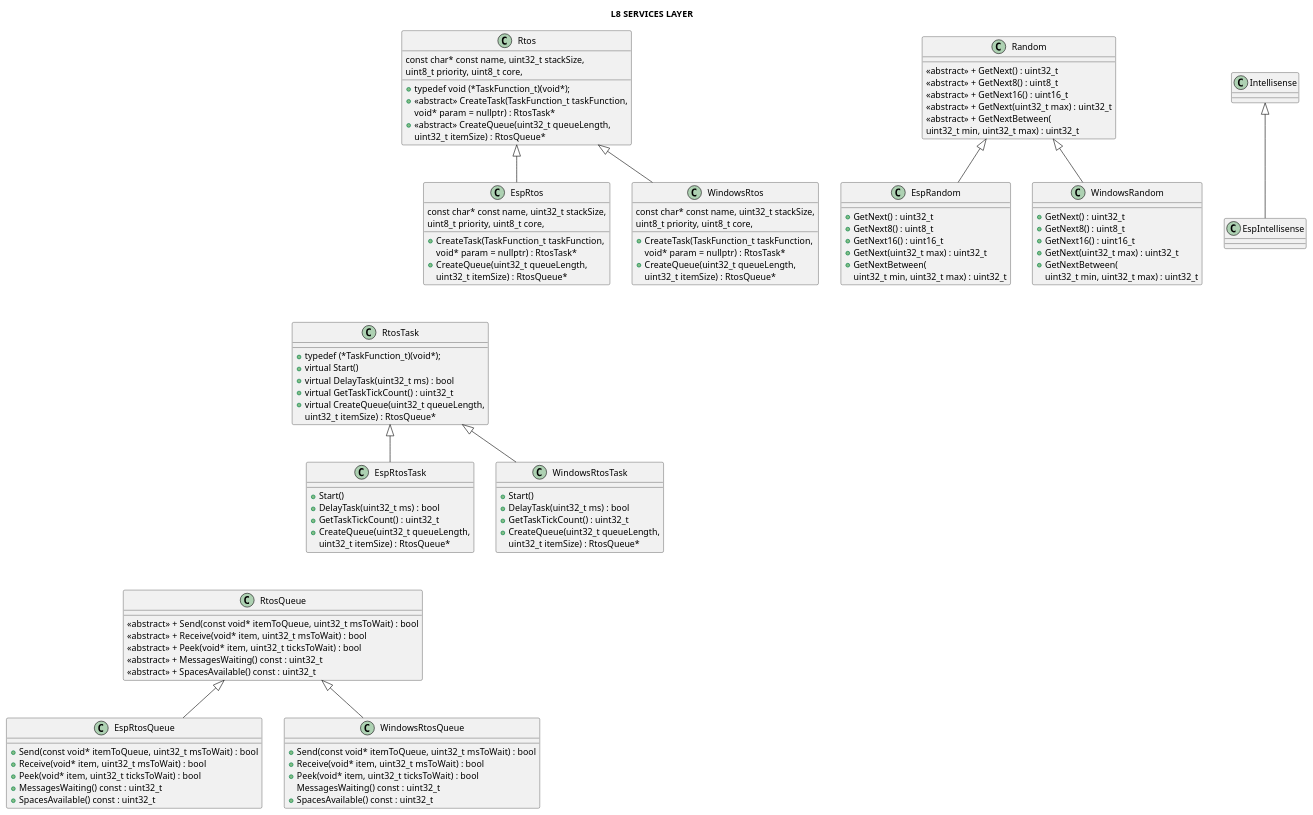
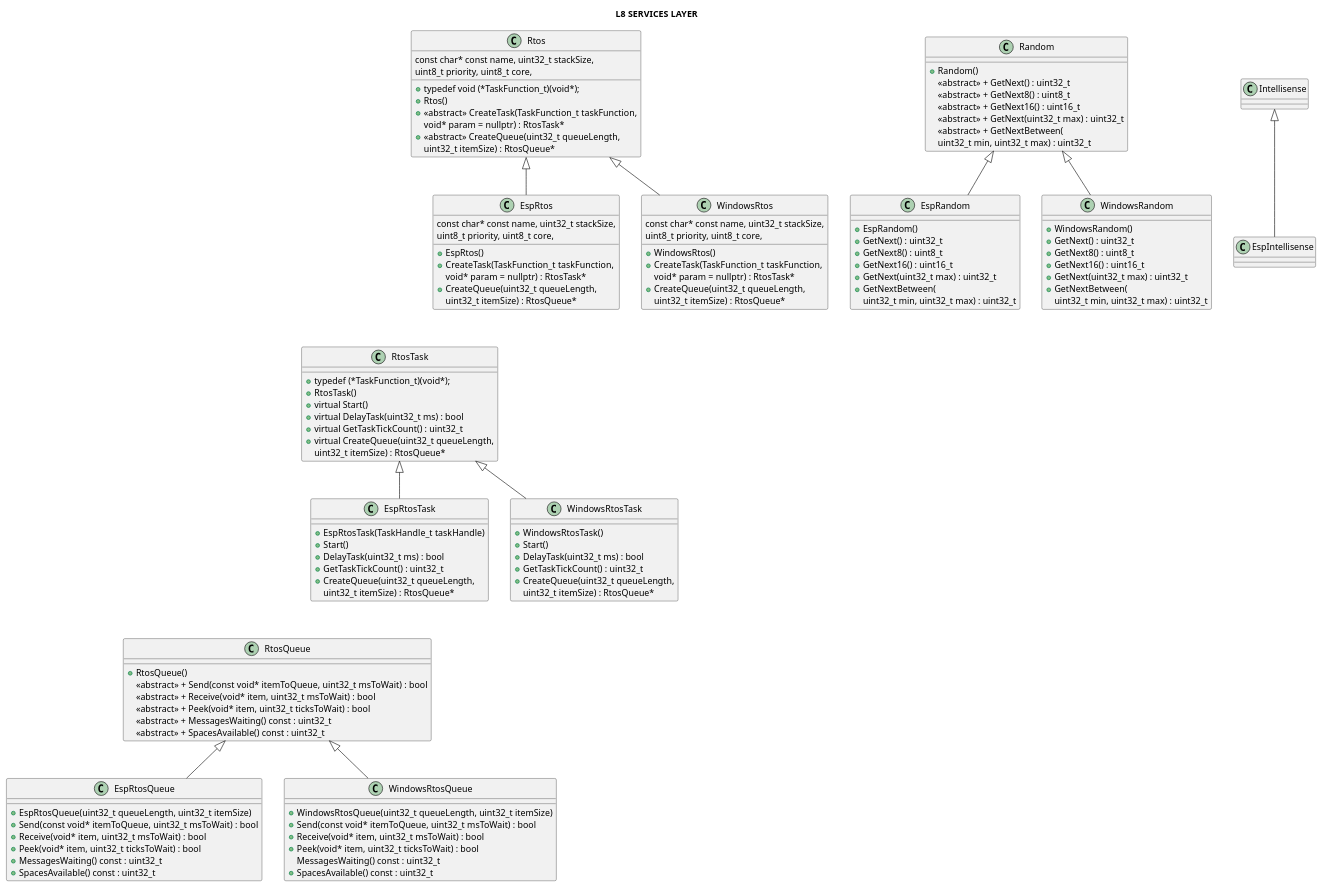
The diagram in Docs/Software Design/Layers/L8_services_layer.puml (michelkeijzers/fraxis), drawn with PlantUML before and after one commit. The commit also changed 154 other files, not shown here.

Commit message:
Updated UML diagrams, removed = default, changed -> to refs

```diff
--- a/Docs/Software Design/Layers/L8_services_layer.puml
+++ b/Docs/Software Design/Layers/L8_services_layer.puml
@@ -1,149 +1,161 @@
 @startuml
 
 title L8 SERVICES LAYER
 
 skinparam packageStyle rectangle
 skinparam lineThickness 2
 
 class Intellisense 
 {
 }
 
 class EspIntellisense
 {
 }
 
 EspIntellisense -u-|> Intellisense
 
 class Random 
 {
+    + Random()
     <<abstract>> + GetNext() : uint32_t
     <<abstract>> + GetNext8() : uint8_t
     <<abstract>> + GetNext16() : uint16_t
     <<abstract>> + GetNext(uint32_t max) : uint32_t
     <<abstract>> + GetNextBetween(
         uint32_t min, uint32_t max) : uint32_t
 }
 
 class EspRandom 
 {
+    + EspRandom()
     + GetNext() : uint32_t
     + GetNext8() : uint8_t
     + GetNext16() : uint16_t
     + GetNext(uint32_t max) : uint32_t
     + GetNextBetween(
         uint32_t min, uint32_t max) : uint32_t
 }
 
 class WindowsRandom
 {
+    + WindowsRandom()
     + GetNext() : uint32_t
     + GetNext8() : uint8_t
     + GetNext16() : uint16_t
     + GetNext(uint32_t max) : uint32_t
     + GetNextBetween(
         uint32_t min, uint32_t max) : uint32_t
 }
 
 EspRandom -u-|> Random 
 WindowsRandom -u-|> Random
 
 class Rtos
 {
     + typedef void (*TaskFunction_t)(void*);
+    + Rtos()
     + <<abstract>> CreateTask(TaskFunction_t taskFunction, 
         const char* const name, uint32_t stackSize, 
         uint8_t priority, uint8_t core, 
         void* param = nullptr) : RtosTask* 
     + <<abstract>> CreateQueue(uint32_t queueLength, 
         uint32_t itemSize) : RtosQueue*
 }
 
 class EspRtos
 {
+    + EspRtos()
     + CreateTask(TaskFunction_t taskFunction, 
         const char* const name, uint32_t stackSize, 
         uint8_t priority, uint8_t core, 
         void* param = nullptr) : RtosTask* 
     + CreateQueue(uint32_t queueLength, 
         uint32_t itemSize) : RtosQueue*
 }
 
 class WindowsRtos
 {
+    + WindowsRtos()
     + CreateTask(TaskFunction_t taskFunction, 
         const char* const name, uint32_t stackSize, 
         uint8_t priority, uint8_t core, 
         void* param = nullptr) : RtosTask* 
     + CreateQueue(uint32_t queueLength, 
         uint32_t itemSize) : RtosQueue*
 }
 
 EspRtos -u-|> Rtos
 WindowsRtos -u-|> Rtos
 
 class RtosQueue
 {
+    + RtosQueue()
     <<abstract>> + Send(const void* itemToQueue, uint32_t msToWait) : bool
     <<abstract>> + Receive(void* item, uint32_t msToWait) : bool 
     <<abstract>> + Peek(void* item, uint32_t ticksToWait) : bool
     <<abstract>> + MessagesWaiting() const : uint32_t 
     <<abstract>> + SpacesAvailable() const : uint32_t
 }
 
 class EspRtosQueue
 {
+    + EspRtosQueue(uint32_t queueLength, uint32_t itemSize)
     + Send(const void* itemToQueue, uint32_t msToWait) : bool
     + Receive(void* item, uint32_t msToWait) : bool 
     + Peek(void* item, uint32_t ticksToWait) : bool
     + MessagesWaiting() const : uint32_t 
     + SpacesAvailable() const : uint32_t
 }
 
 class WindowsRtosQueue
 {
+    + WindowsRtosQueue(uint32_t queueLength, uint32_t itemSize)
     + Send(const void* itemToQueue, uint32_t msToWait) : bool
     + Receive(void* item, uint32_t msToWait) : bool 
     + Peek(void* item, uint32_t ticksToWait) : bool
         MessagesWaiting() const : uint32_t 
     + SpacesAvailable() const : uint32_t
 }
 
 EspRtosQueue -u-|> RtosQueue
 WindowsRtosQueue -u-|> RtosQueue
 
 class RtosTask
 {
     + typedef (*TaskFunction_t)(void*);
+    + RtosTask()
     + virtual Start()
     + virtual DelayTask(uint32_t ms) : bool
     + virtual GetTaskTickCount() : uint32_t
     + virtual CreateQueue(uint32_t queueLength, 
         uint32_t itemSize) : RtosQueue* 
 }
 
 class EspRtosTask
 {
+    + EspRtosTask(TaskHandle_t taskHandle)
     + Start()
     + DelayTask(uint32_t ms) : bool
     + GetTaskTickCount() : uint32_t
     + CreateQueue(uint32_t queueLength, 
         uint32_t itemSize) : RtosQueue* 
 }
 
 class WindowsRtosTask
 {
+    + WindowsRtosTask()
     + Start()
     + DelayTask(uint32_t ms) : bool
     + GetTaskTickCount() : uint32_t
     + CreateQueue(uint32_t queueLength, 
         uint32_t itemSize) : RtosQueue* 
 }
 
 EspRtosTask -u-|> RtosTask
 WindowsRtosTask -u-|> RtosTask
 
 Rtos -d[hidden]-- RtosTask
 RtosQueue -u[hidden]-- RtosTask
 
 @enduml
```
